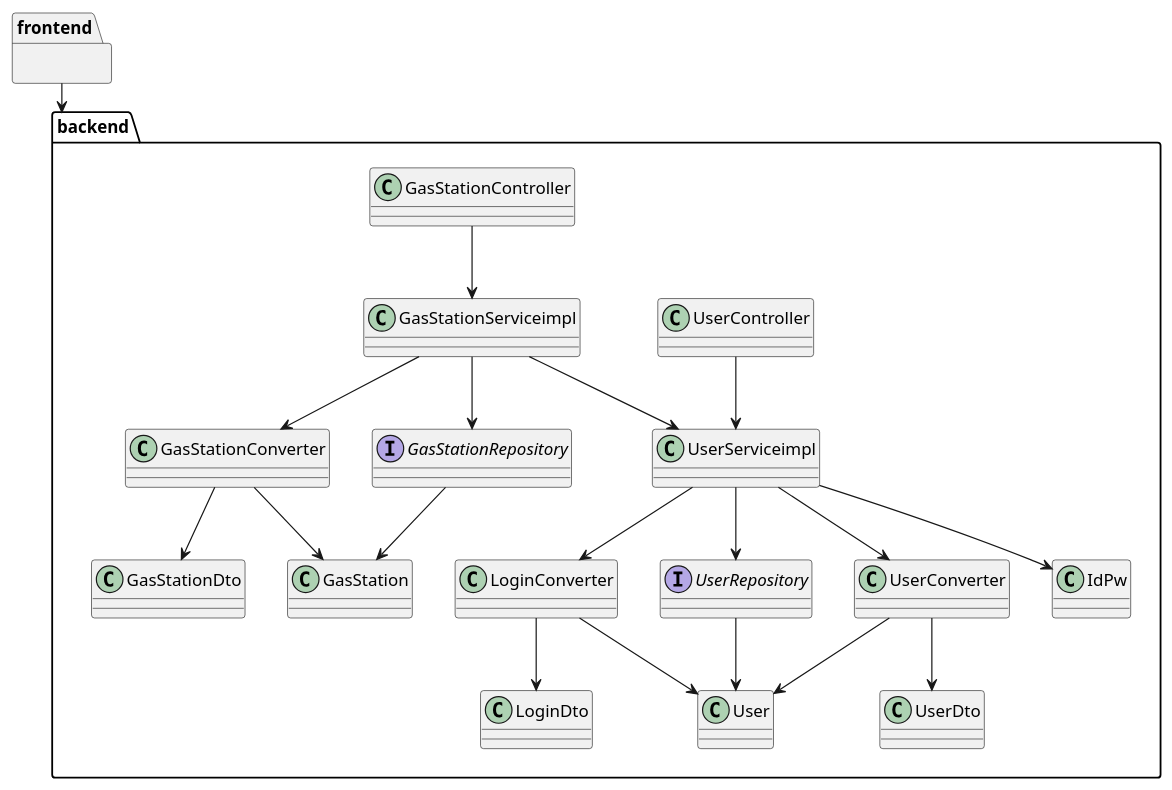
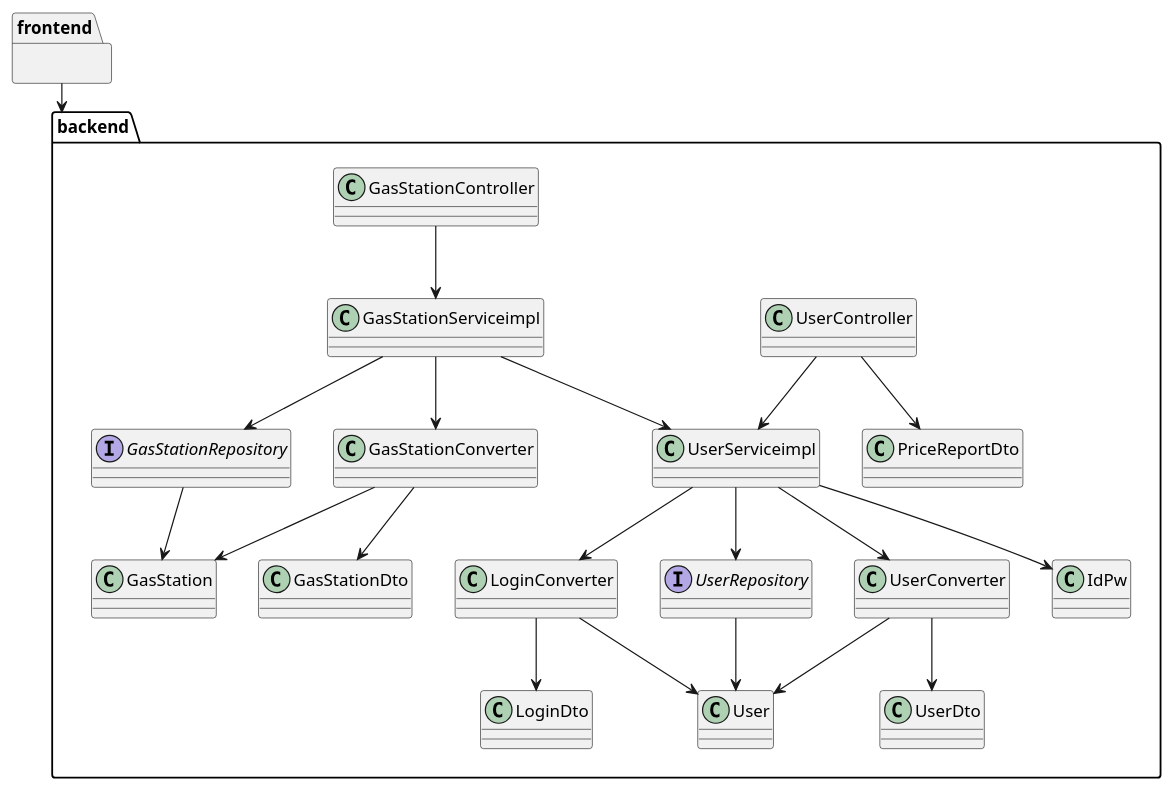
One commit to giovannitangredi/SEIProject changed the diagram in docs/IntegrationApiTestReport.md. Above: the diagram before and after it, drawn with PlantUML. The commit also changed other lines of this file, not shown here.

Commit message:
docs: modified IntegrationApiTestReport for V2 requirements

````diff
--- a/docs/IntegrationApiTestReport.md
+++ b/docs/IntegrationApiTestReport.md
@@ -26,41 +26,43 @@
 ```plantuml
 @startuml
 package frontend{}
 package backend{
 class User{}
 class UserDto{}
 class UserConverter{}
 class LoginDto{}
 class IdPw{}
+class PriceReportDto {}
 class LoginConverter{}
 interface UserRepository{}
 class UserServiceimpl{}
 class UserController{}
 class GasStation{}
 class GasStationDto{}
 class GasStationConverter{}
 interface GasStationRepository{}
 class GasStationServiceimpl{}
 class GasStationController{}
 }
 UserConverter --> User
 UserConverter --> UserDto
 LoginConverter-->LoginDto
 LoginConverter-->User
 UserRepository-->User
 UserServiceimpl-->UserRepository
 UserServiceimpl-->UserConverter
 UserServiceimpl-->LoginConverter
 UserServiceimpl-->IdPw
 GasStationConverter-->GasStation
 GasStationConverter-->GasStationDto
 GasStationRepository-->GasStation
 GasStationServiceimpl-->GasStationRepository
 GasStationServiceimpl-->GasStationConverter
 GasStationServiceimpl-->UserServiceimpl
 UserController-->UserServiceimpl
+UserController-->PriceReportDto
 GasStationController-->GasStationServiceimpl
 frontend-->backend
 @enduml
 
 ```
````
